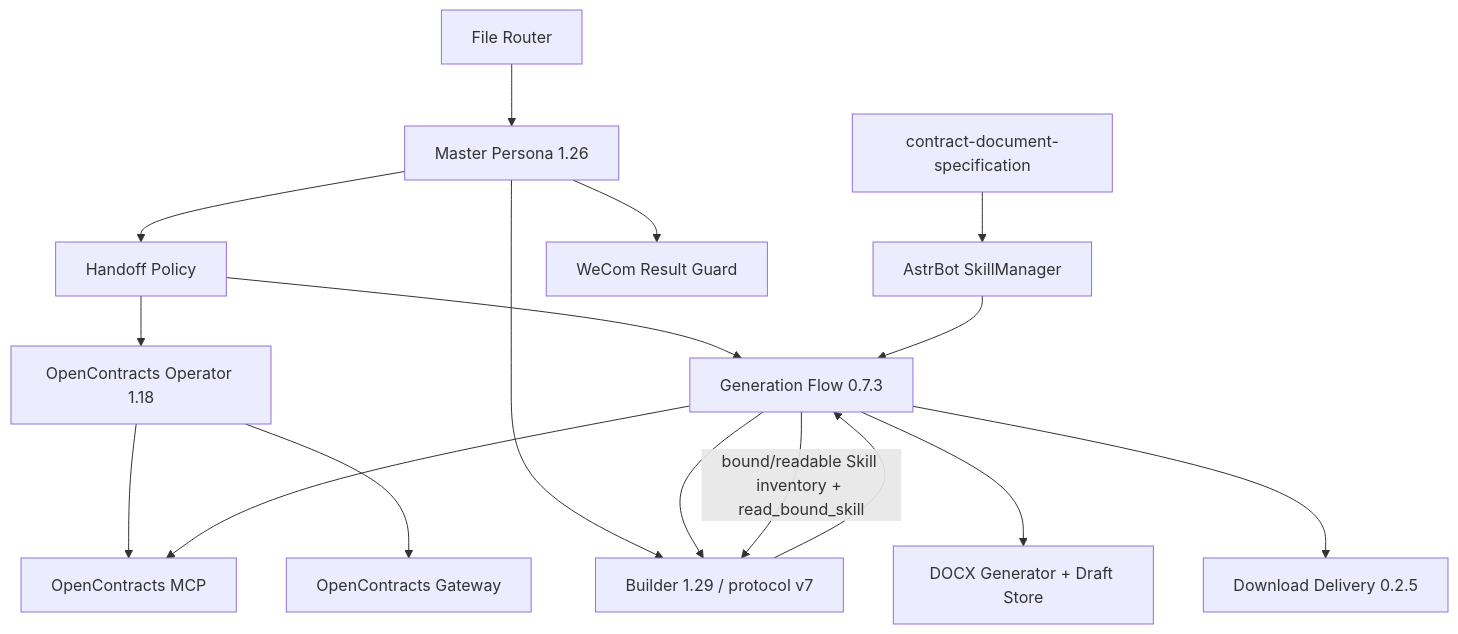
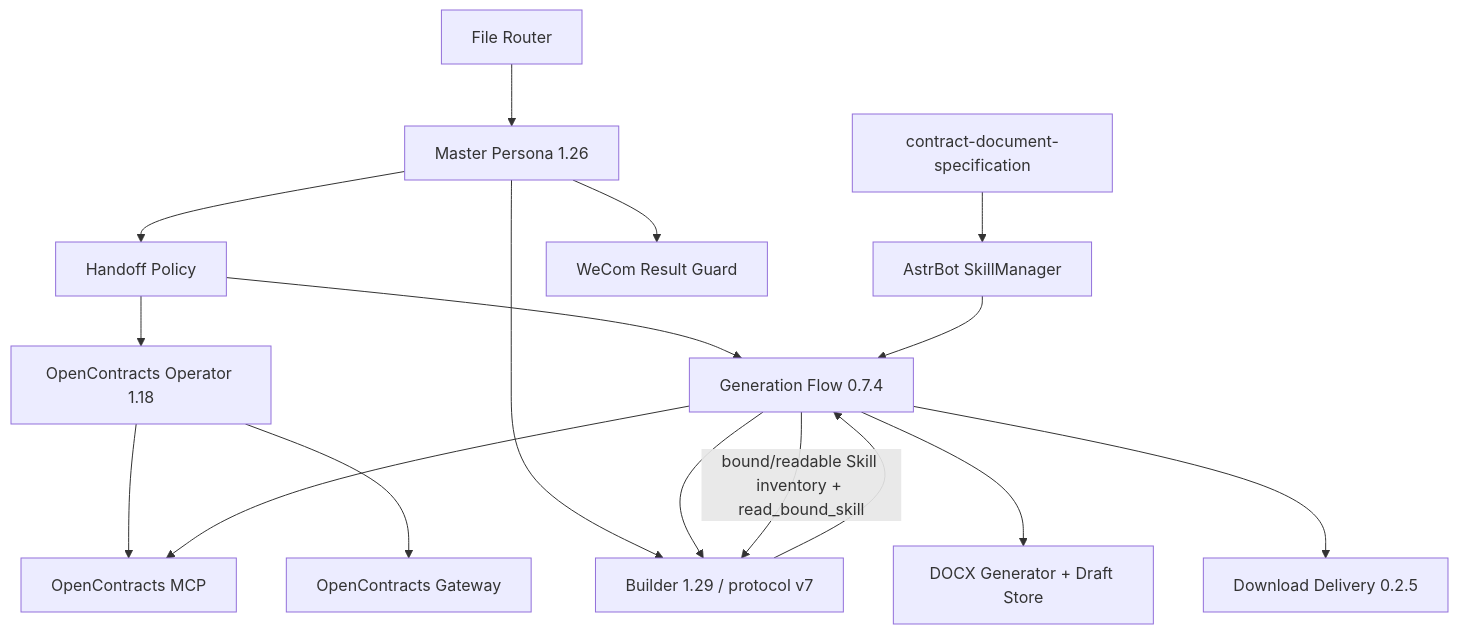
The second of 2 diagrams in docs/architecture/system-context.md (Ri0n72Y/ContractBotConfig), drawn with Mermaid before and after one commit. The commit also changed other lines of this file and 10 other files, not shown here.

````diff
--- a/docs/architecture/system-context.md
+++ b/docs/architecture/system-context.md
@@ -26,31 +26,31 @@
 ```mermaid
 flowchart TB
     Router[File Router]
     Master[Master Persona 1.26]
     Handoff[Handoff Policy]
     Operator[OpenContracts Operator 1.18]
     Gateway[OpenContracts Gateway]
     MCP[OpenContracts MCP]
     Builder[Builder 1.29 / protocol v7]
     SkillMgr[AstrBot SkillManager]
     DocSpec[contract-document-specification]
-    Flow[Generation Flow 0.7.3]
+    Flow[Generation Flow 0.7.4]
     Generator[DOCX Generator + Draft Store]
     Delivery[Download Delivery 0.2.5]
     Guard[WeCom Result Guard]
 
     Router --> Master
     Master --> Handoff --> Operator
     Operator --> MCP
     Operator --> Gateway
     Master --> Builder
     Handoff --> Flow --> Builder
     SkillMgr --> Flow
     DocSpec --> SkillMgr
     Flow -->|bound/readable Skill inventory + read_bound_skill| Builder
     Builder --> Flow
     Flow --> MCP
     Flow --> Generator
     Flow --> Delivery
     Master --> Guard
 ```
````
